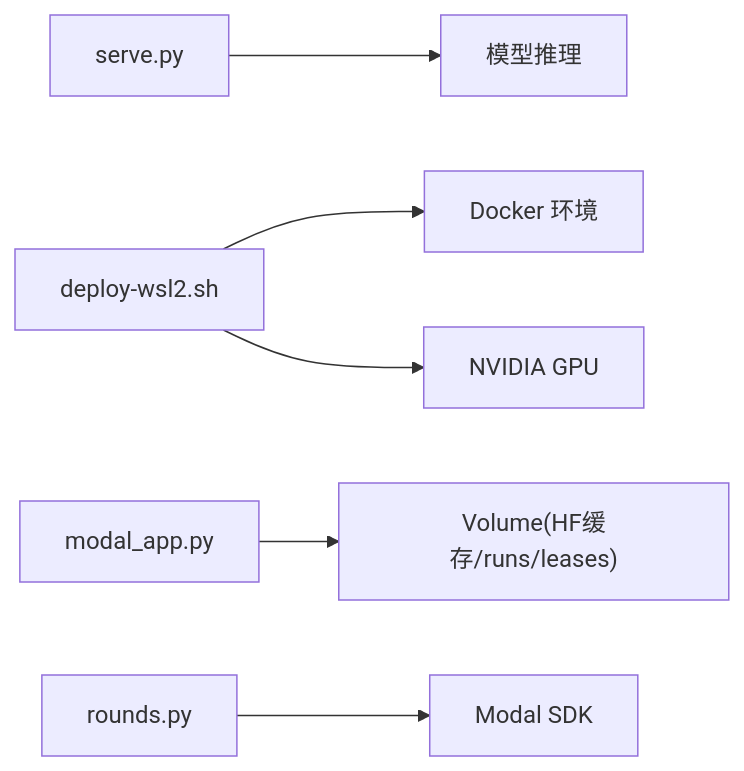
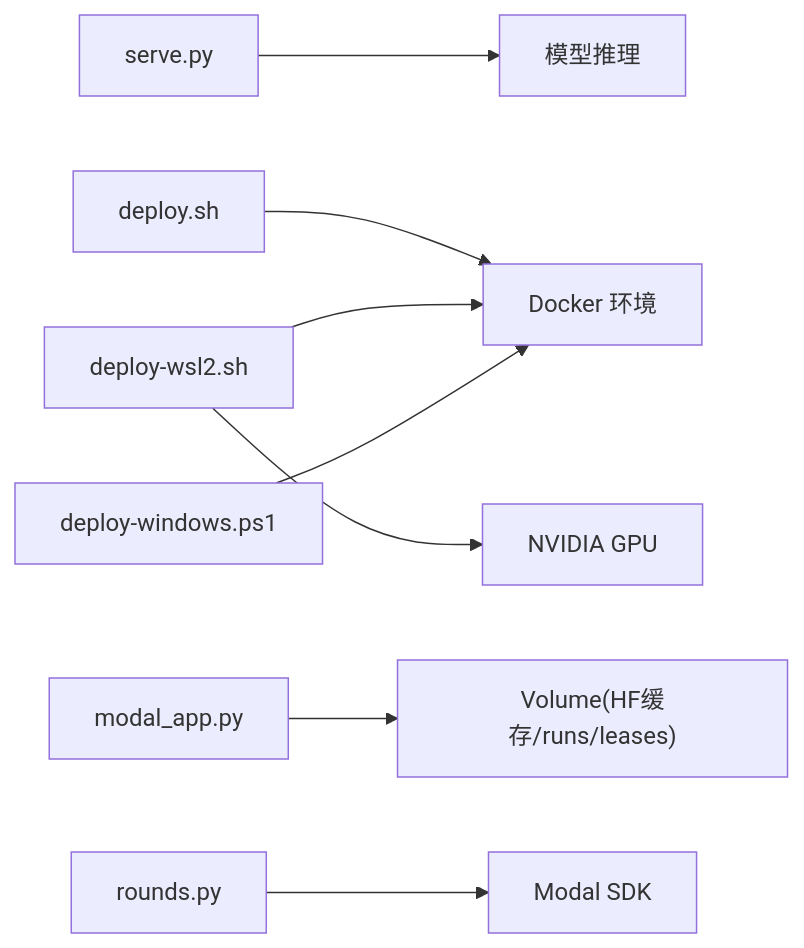
Before and after one commit to joezxh/kev: the ninth of 9 diagrams in .qoder/repowiki/zh/content/部署指南/部署指南.md, drawn with Mermaid. The commit also changed other lines of this file and 100 other files, not shown here.

````diff
--- a/.qoder/repowiki/zh/content/部署指南/部署指南.md
+++ b/.qoder/repowiki/zh/content/部署指南/部署指南.md
@@ -345,8 +425,10 @@
 ```mermaid
 graph LR
 Serve["serve.py"] --> Model["模型推理"]
-WSL2Script["deploy-wsl2.sh"] --> Docker["Docker 环境"]
+DockerScript["deploy.sh"] --> Docker["Docker 环境"]
+WSL2Script["deploy-wsl2.sh"] --> Docker
 WSL2Script --> NVIDIA["NVIDIA GPU"]
+WinPSScript["deploy-windows.ps1"] --> Docker
 ModalApp["modal_app.py"] --> Volume["Volume(HF缓存/runs/leases)"]
 Rounds["rounds.py"] --> ModalSDK["Modal SDK"]
 ```
````
